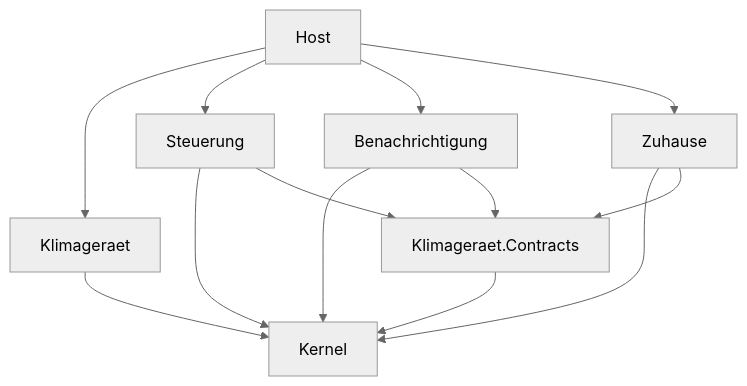
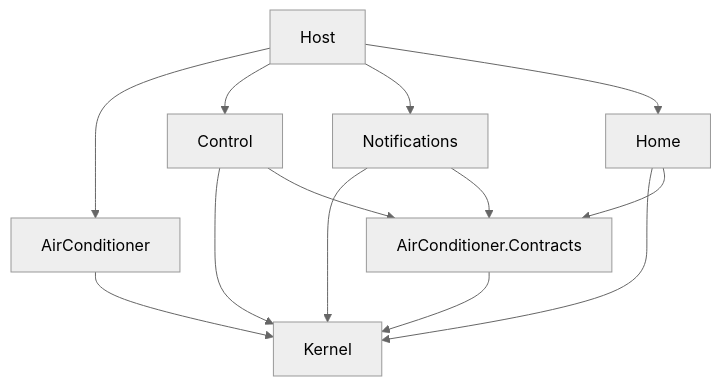
Before and after one commit to mueld/smart-home: the first of 4 diagrams in docs/architecture/architecture-smart-home-2026-11-11/ARCHITECTURE-SPINE.md, drawn with Mermaid (neutral theme). The commit also changed other lines of this file and 9 other files, not shown here.

````diff
--- a/docs/architecture/architecture-smart-home-2026-11-11/ARCHITECTURE-SPINE.md
+++ b/docs/architecture/architecture-smart-home-2026-11-11/ARCHITECTURE-SPINE.md
@@ -38,15 +38,15 @@
 ```mermaid
 flowchart TD
-    Host --> K[Klimageraet]
-    Host --> S[Steuerung]
-    Host --> B[Benachrichtigung]
-    Host --> Z[Zuhause]
+    Host --> K[AirConditioner]
+    Host --> S[Control]
+    Host --> B[Notifications]
+    Host --> Z[Home]
     K --> KN[Kernel]
     S --> KN
     B --> KN
     Z --> KN
-    S --> KC[Klimageraet.Contracts]
+    S --> KC[AirConditioner.Contracts]
     B --> KC
     Z --> KC
     KC --> KN
 ```
````
